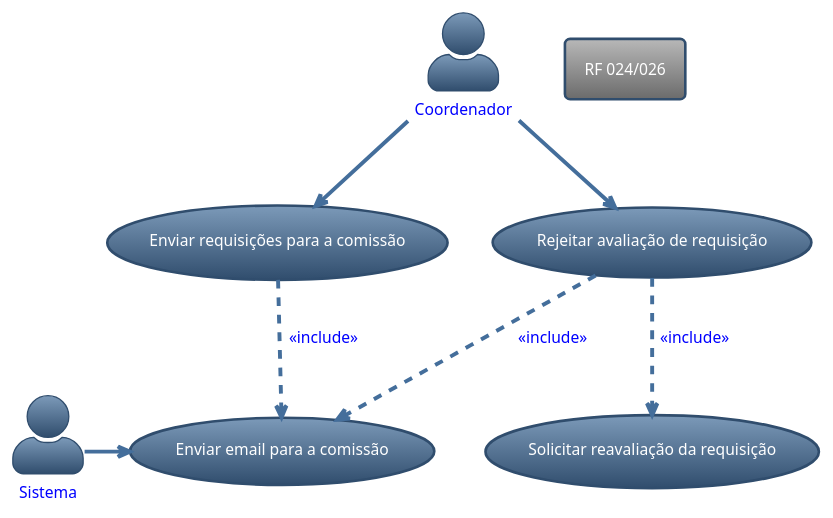
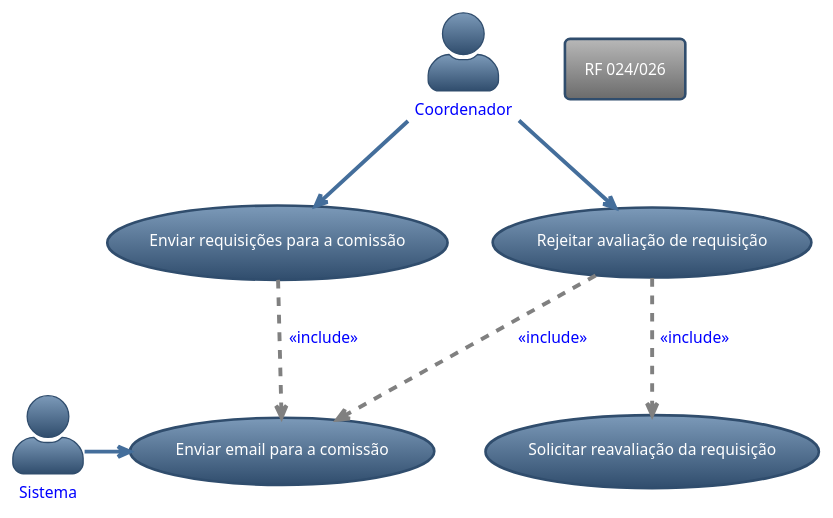
One commit to kvojps/sistema-acs changed the diagram in docs_source/src/2. Níveis/2.4 Código - C4/2.4.1 Casos de uso/2.4.3 Coordenador/RF_024_026.puml. Above: the diagram before and after it, drawn with PlantUML. The commit also changed 11 other files, not shown here.

```diff
--- a/docs_source/src/2. Níveis/2.4 Código - C4/2.4.1 Casos de uso/2.4.3 Coordenador/RF_024_026.puml
+++ b/docs_source/src/2. Níveis/2.4 Código - C4/2.4.1 Casos de uso/2.4.3 Coordenador/RF_024_026.puml
@@ -1,19 +1,19 @@
 @startuml RF 1.8/1.10
 skinparam actorStyle awesome
 !theme spacelab
 rectangle "RF 024/026"
 :Coordenador: as coordenador #text:blue
 :Sistema: as sistema #text:blue
 (Enviar requisições para a comissão) as enviar_requisicoes_comissao
 (Enviar email para a comissão) as enviar_email_comissao
 (Rejeitar avaliação de requisição) as rejeitar_avaliacao_requisicao
 (Solicitar reavaliação da requisição) as solicitar_reavaliacao_requisicao
 
 coordenador --> enviar_requisicoes_comissao
 coordenador --> rejeitar_avaliacao_requisicao
 sistema -right-->(enviar_email_comissao)
-rejeitar_avaliacao_requisicao ..> solicitar_reavaliacao_requisicao #text:blue : <<include>>  
-enviar_requisicoes_comissao ..> enviar_email_comissao #text:blue : <<include>>  
-rejeitar_avaliacao_requisicao ..> enviar_email_comissao #text:blue : <<include>>  
+rejeitar_avaliacao_requisicao ..> solicitar_reavaliacao_requisicao #line:gray;text:blue : <<include>>  
+enviar_requisicoes_comissao ..> enviar_email_comissao #line:gray;text:blue : <<include>>  
+rejeitar_avaliacao_requisicao ..> enviar_email_comissao #line:gray;text:blue : <<include>>  
 
 @enduml
```
